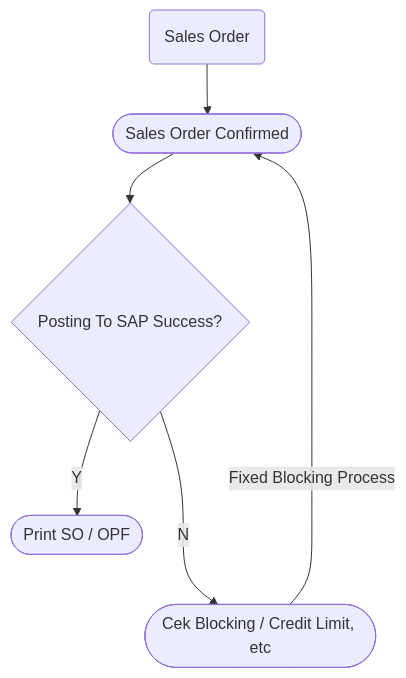
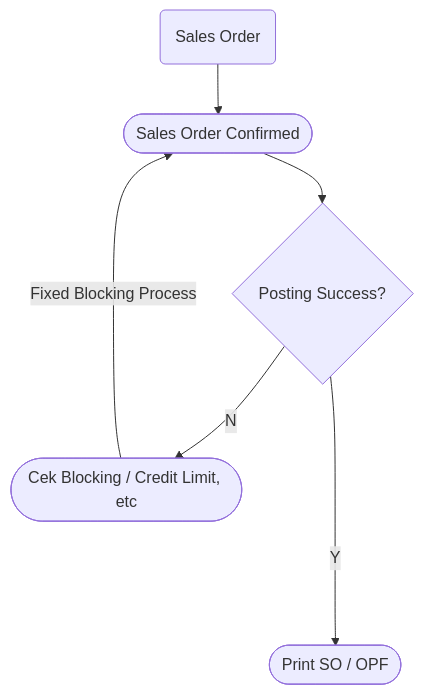
Before and after one commit to andyut/cnw_doc: the diagram in cnw_trc_doc.md, drawn with Mermaid. The commit also changed other lines of this file, not shown here.

Commit message:
cnw_trc_doc.md updated from https://stackedit.io/

````diff
--- a/cnw_trc_doc.md
+++ b/cnw_trc_doc.md
@@ -26,10 +26,10 @@
 ```mermaid
 graph TD
 A(Sales Order) --> A1([Sales Order Confirmed])
-A1 -->A2{Posting To SAP Success?}
-A2 --->|N| A3([Cek Blocking / Credit Limit, etc])
-A3 -->|Fixed Blocking Process| A1
-A2 -->|Y| A4([Print SO / OPF])
+A1 -->A2{Posting Success?}
+A3 --->|Fixed Blocking Process| A1
+A2 -->|N| A3([Cek Blocking / Credit Limit, etc])
+A2 ---->|Y| A4([Print SO / OPF])
 
 
 ```
````
